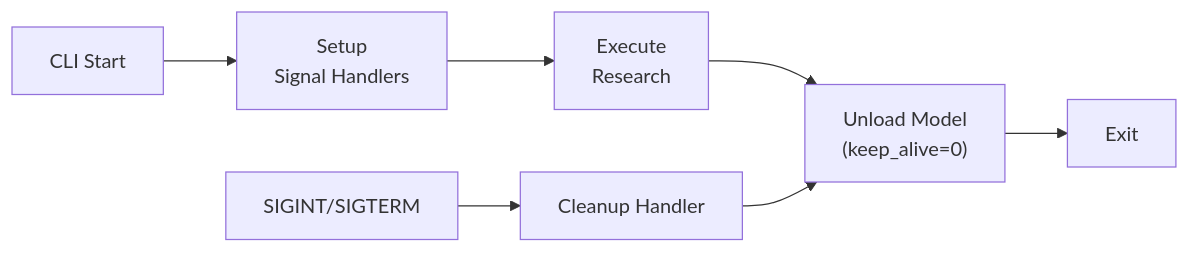
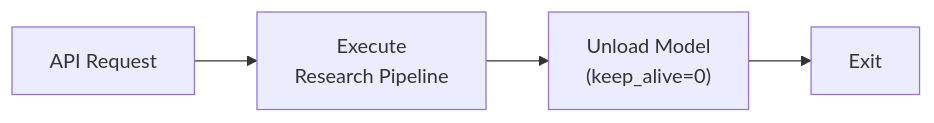
Before and after one commit to VinylStage/horror-story-generator: diagram 14 of 15 in docs/core/ARCHITECTURE.md, drawn with Mermaid. The commit also changed other lines of this file and 20 other files, not shown here.

First line of the commit message:
refactor: remove CLI paths and harden in-process scheduler/research async/concurrency behavior (#151) (#152)

````diff
--- a/docs/core/ARCHITECTURE.md
+++ b/docs/core/ARCHITECTURE.md
@@ -915,10 +919,6 @@
 ```mermaid
 flowchart LR
-    A["CLI Start"] --> B["Setup<br/>Signal Handlers"]
-    B --> C["Execute<br/>Research"]
-    C --> D["Unload Model<br/>(keep_alive=0)"]
+    A["API Request"] --> B["Execute<br/>Research Pipeline"]
+    B --> D["Unload Model<br/>(keep_alive=0)"]
     D --> E["Exit"]
-
-    F["SIGINT/SIGTERM"] --> G["Cleanup Handler"]
-    G --> D
 ```
````
